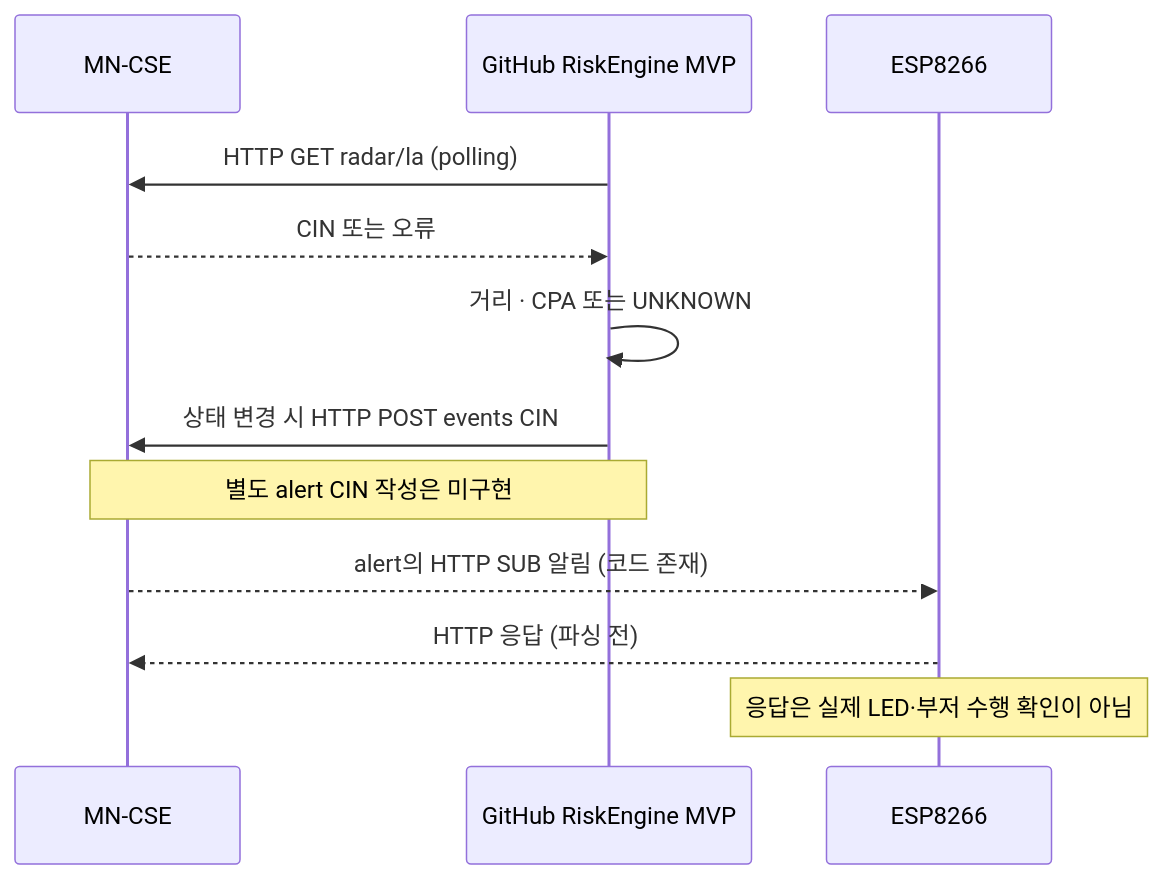
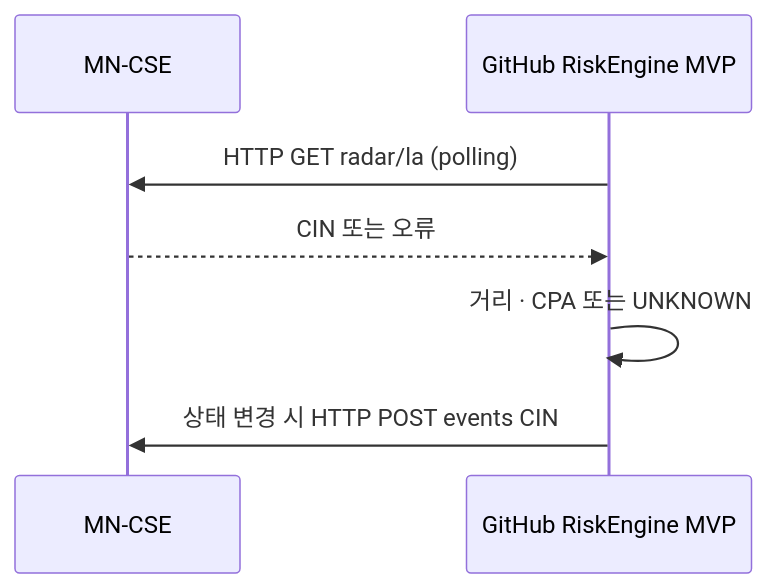
One commit to extra-7ex/Sejong_4IoT_OneM2M changed the fourth of 4 diagrams in docs/architecture.md. Above: the diagram before and after it, drawn with Mermaid. The commit also changed other lines of this file, not shown here.

Commit message:
docs: align SafeZone integration notes with architecture

````diff
--- a/docs/architecture.md
+++ b/docs/architecture.md
@@ -130,14 +130,9 @@
 ```mermaid
 sequenceDiagram
   participant C as MN-CSE
   participant R as GitHub RiskEngine MVP
-  participant E as ESP8266
   R->>C: HTTP GET radar/la (polling)
   C-->>R: CIN 또는 오류
   R->>R: 거리 · CPA 또는 UNKNOWN
   R->>C: 상태 변경 시 HTTP POST events CIN
-  Note over R,C: 별도 alert CIN 작성은 미구현
-  C-->>E: alert의 HTTP SUB 알림 (코드 존재)
-  E-->>C: HTTP 응답 (파싱 전)
-  Note over E: 응답은 실제 LED·부저 수행 확인이 아님
 ```
````
